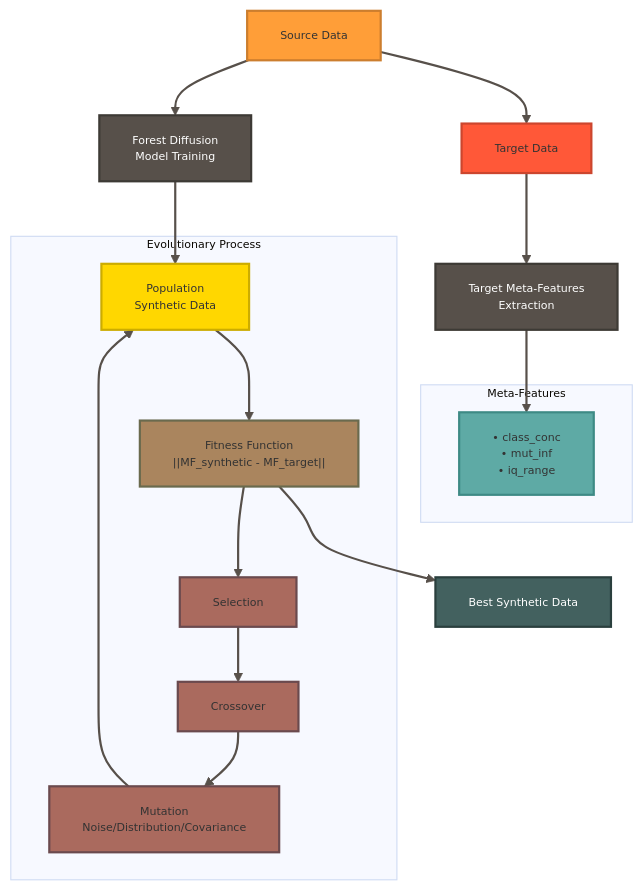
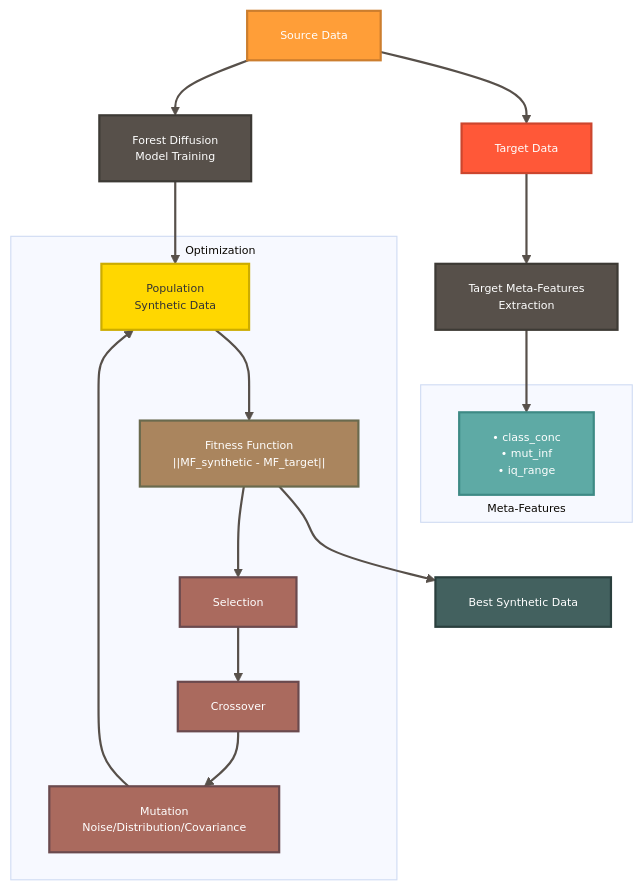
The second of 2 diagrams in README.md (ITMO-NSS-team/OOD_Tab_Evaluation), drawn with Mermaid before and after one commit. The commit also changed other lines of this file, not shown here.

````diff
--- a/README.md
+++ b/README.md
@@ -127,37 +115,37 @@
 ```mermaid
 %%{init: {'theme': 'base', 'themeVariables': { 'fontSize': '10px' }}}%%
 graph TD
     A[Source Data] --> B[Target Data]
     A --> C[Forest Diffusion<br/>Model Training]
     B --> D[Target Meta-Features<br/>Extraction]
     
-    subgraph Meta-Features
+    subgraph Meta-Features["<div style='text-align: center; margin-top: 105px;'>Meta-Features</div>"]
         E["• class_conc<br/>• mut_inf<br/>• iq_range"]
     end
     
-    subgraph Evolutionary Process
+    subgraph Evolutionary Process["<div style='text-align: left; margin-top: 5px; margin-left: 30px;'>Optimization</div>"]
         F["Population<br/>Synthetic Data"] --> G["Fitness Function<br/>||MF_synthetic - MF_target||"]
         G --> H["Selection"]
         H --> I["Crossover"]
         I --> J["Mutation<br/>Noise/Distribution/Covariance"]
         J --> F
     end
     
     C --> F
     D --> E
     G --> K["Best Synthetic Data"]
     
-    style A fill:#FF9E38,stroke:#CC7E2E,stroke-width:2px
-    style B fill:#FF5838,stroke:#CC462E,stroke-width:2px
+    style A fill:#FF9E38,stroke:#CC7E2E,stroke-width:2px,color:#fff
+    style B fill:#FF5838,stroke:#CC462E,stroke-width:2px,color:#fff
     style C fill:#57504A,stroke:#3D3A35,stroke-width:2px,color:#fff
     style D fill:#57504A,stroke:#3D3A35,stroke-width:2px,color:#fff
     style K fill:#43615F,stroke:#2A3F3D,stroke-width:2px,color:#fff
-    style E fill:#5EAAA5,stroke:#3E8A85,stroke-width:2px
+    style E fill:#5EAAA5,stroke:#3E8A85,stroke-width:2px,color:#fff
     style F fill:#FFD700,stroke:#CCAC00,stroke-width:2px
-    style G fill:#AA855E,stroke:#6A6A4E,stroke-width:2px
-    style H fill:#AA6A5E,stroke:#6A4A4E,stroke-width:2px
-    style I fill:#AA6A5E,stroke:#6A4A4E,stroke-width:2px
-    style J fill:#AA6A5E,stroke:#6A4A4E,stroke-width:2px
+    style G fill:#AA855E,stroke:#6A6A4E,stroke-width:2px,color:#fff
+    style H fill:#AA6A5E,stroke:#6A4A4E,stroke-width:2px,color:#fff
+    style I fill:#AA6A5E,stroke:#6A4A4E,stroke-width:2px,color:#fff
+    style J fill:#AA6A5E,stroke:#6A4A4E,stroke-width:2px,color:#fff
     
     linkStyle default stroke:#57504A,stroke-width:2px
 ```
````
